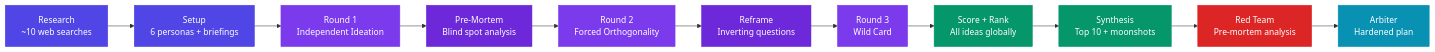
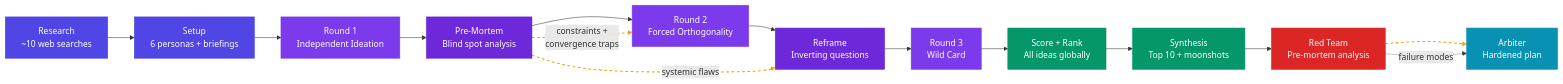
Before and after one commit to czemelman/brainstorm: the diagram in README.md, drawn with Mermaid.

Commit message:
Show feedback loops in pipeline diagram
Pre-mortem output feeds into both Round 2 (constraints + convergence traps)
and Reframe (systemic flaws). Red team findings feed into Arbiter.
Dashed arrows with labels show these data dependencies.

````diff
--- a/README.md
+++ b/README.md
@@ -23,25 +23,32 @@
 ```mermaid
 graph LR
     A["Research\n~10 web searches"] --> B["Setup\n6 personas + briefings"]
     B --> C["Round 1\nIndependent Ideation"]
     C --> D["Pre-Mortem\nBlind spot analysis"]
     D --> E["Round 2\nForced Orthogonality"]
+    D -.->|"constraints +\nconvergence traps"| E
     E --> F["Reframe\nInverting questions"]
+    D -.->|"systemic flaws"| F
     F --> G["Round 3\nWild Card"]
     G --> H["Score + Rank\nAll ideas globally"]
     H --> I["Synthesis\nTop 10 + moonshots"]
     I --> J["Red Team\nPre-mortem analysis"]
     J --> K["Arbiter\nHardened plan"]
+    J -.->|"failure modes"| K
 
     style A fill:#4f46e5,stroke:#4f46e5,color:#fff
     style B fill:#4f46e5,stroke:#4f46e5,color:#fff
     style C fill:#7c3aed,stroke:#7c3aed,color:#fff
     style D fill:#6d28d9,stroke:#6d28d9,color:#fff
     style E fill:#7c3aed,stroke:#7c3aed,color:#fff
     style F fill:#6d28d9,stroke:#6d28d9,color:#fff
     style G fill:#7c3aed,stroke:#7c3aed,color:#fff
     style H fill:#059669,stroke:#059669,color:#fff
     style I fill:#059669,stroke:#059669,color:#fff
     style J fill:#dc2626,stroke:#dc2626,color:#fff
     style K fill:#0891b2,stroke:#0891b2,color:#fff
+
+    linkStyle 4 stroke:#f59e0b,stroke-width:2px,stroke-dasharray:5
+    linkStyle 6 stroke:#f59e0b,stroke-width:2px,stroke-dasharray:5
+    linkStyle 11 stroke:#f59e0b,stroke-width:2px,stroke-dasharray:5
 ```
````
